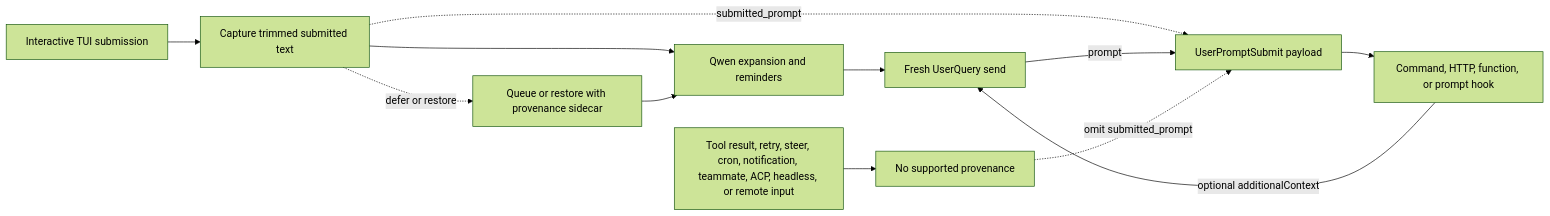
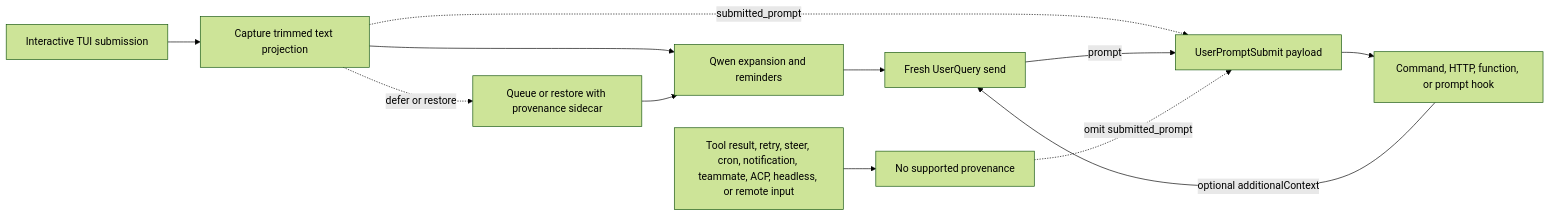
One commit to QwenLM/qwen-code changed the diagram in docs/design/submitted-prompt-provenance.md. Above: the diagram before and after it, drawn with Mermaid (forest theme). The commit also changed other lines of this file and 8 other files, not shown here.

````diff
--- a/docs/design/submitted-prompt-provenance.md
+++ b/docs/design/submitted-prompt-provenance.md
@@ -51,15 +51,15 @@
 ```mermaid
 flowchart LR
-  U["Interactive TUI submission"] --> C["Capture trimmed submitted text"]
+  U["Interactive TUI submission"] --> C["Capture trimmed text projection"]
   C --> E["Qwen expansion and reminders"]
   C -. "defer or restore" .-> Q["Queue or restore with provenance sidecar"]
   Q --> E["Qwen expansion and reminders"]
   E --> S["Fresh UserQuery send"]
   C -. "submitted_prompt" .-> H["UserPromptSubmit payload"]
   S -- "prompt" --> H
   H --> X["Command, HTTP, function, or prompt hook"]
   X -- "optional additionalContext" --> S
 
   N["Tool result, retry, steer, cron, notification, teammate, ACP, headless, or remote input"] --> M["No supported provenance"]
   M -. "omit submitted_prompt" .-> H
 ```
````
